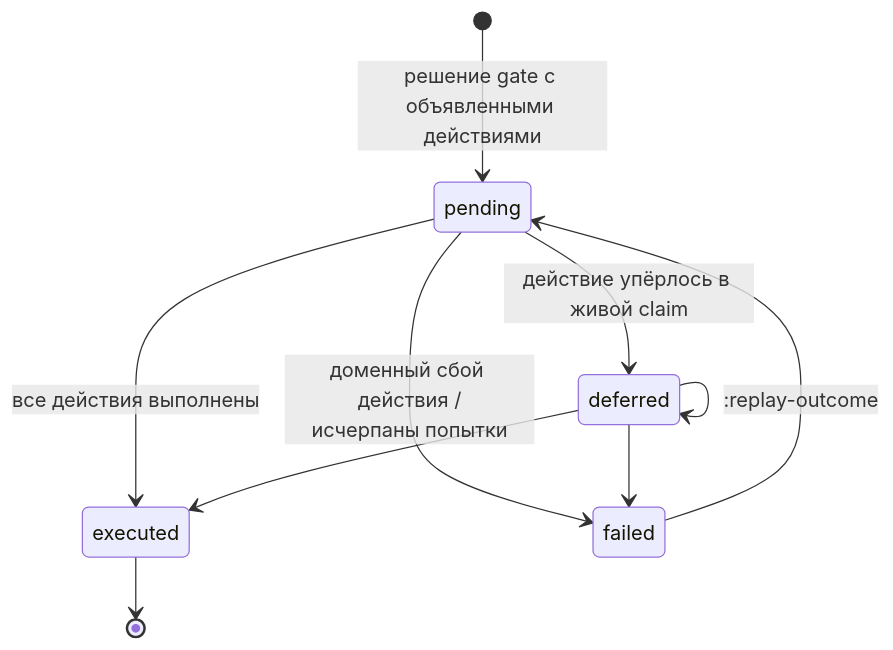
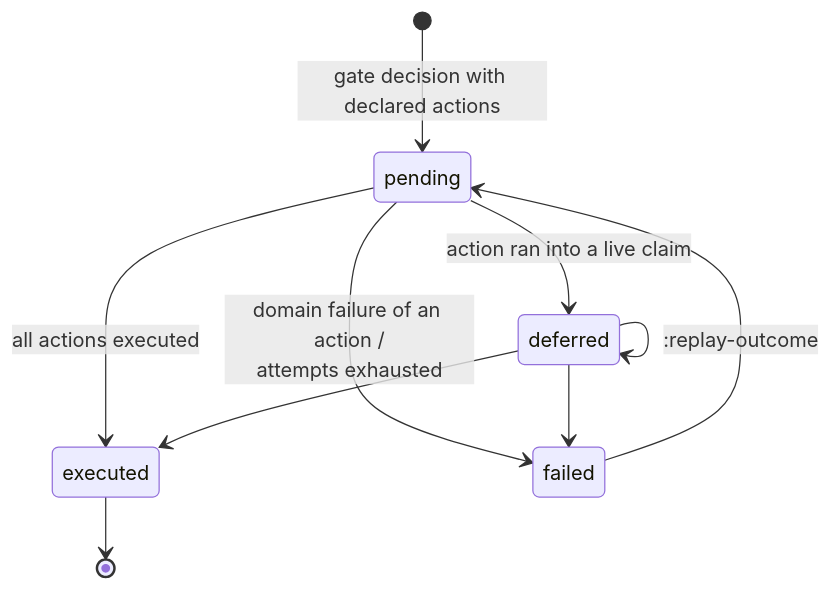
Before and after one commit to monthu56/taimen: the fourth of 4 diagrams in guide/docs/control-plane/approvals.md, drawn with Mermaid. The commit also changed other lines of this file and 183 other files, not shown here.

````diff
--- a/guide/docs/control-plane/approvals.md
+++ b/guide/docs/control-plane/approvals.md
@@ -311,12 +312,12 @@
 ```mermaid
 stateDiagram-v2
-    [*] --> pending: решение gate с объявленными действиями
-    pending --> executed: все действия выполнены
-    pending --> failed: доменный сбой действия /<br/>исчерпаны попытки
-    pending --> deferred: действие упёрлось в живой claim
+    [*] --> pending: gate decision with declared actions
+    pending --> executed: all actions executed
+    pending --> failed: domain failure of an action /<br/>attempts exhausted
+    pending --> deferred: action ran into a live claim
     deferred --> executed
     deferred --> failed
     deferred --> deferred
     failed --> pending: :replay-outcome
     executed --> [*]
 ```
````
